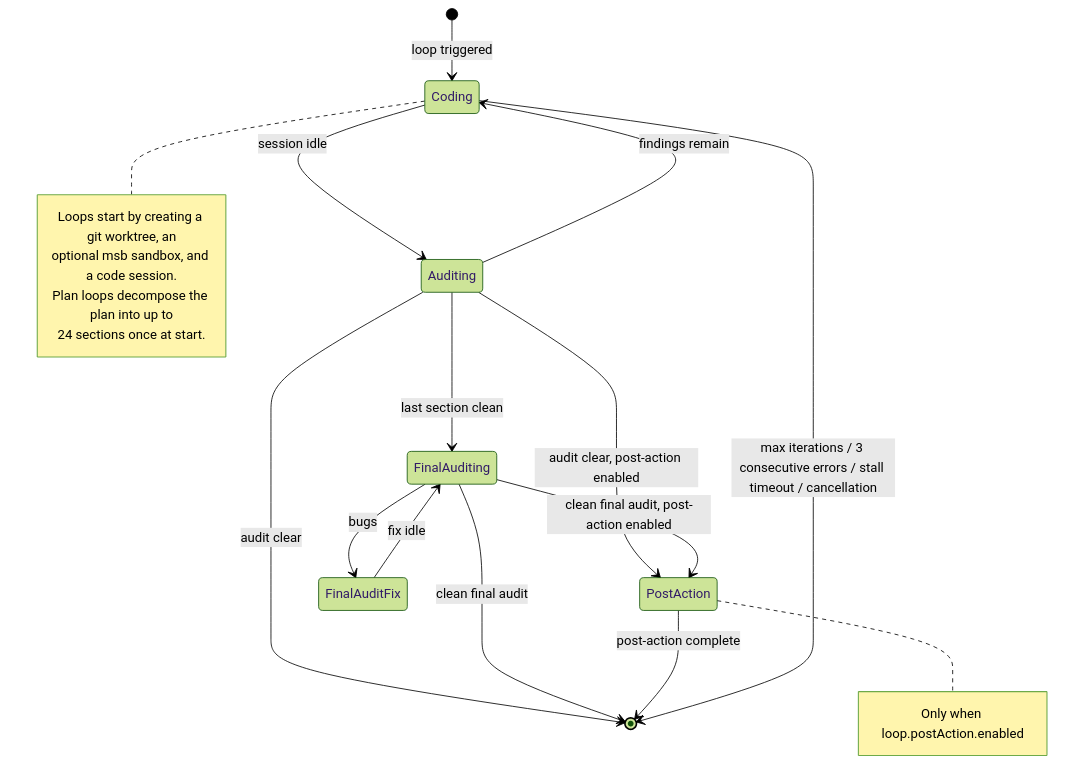
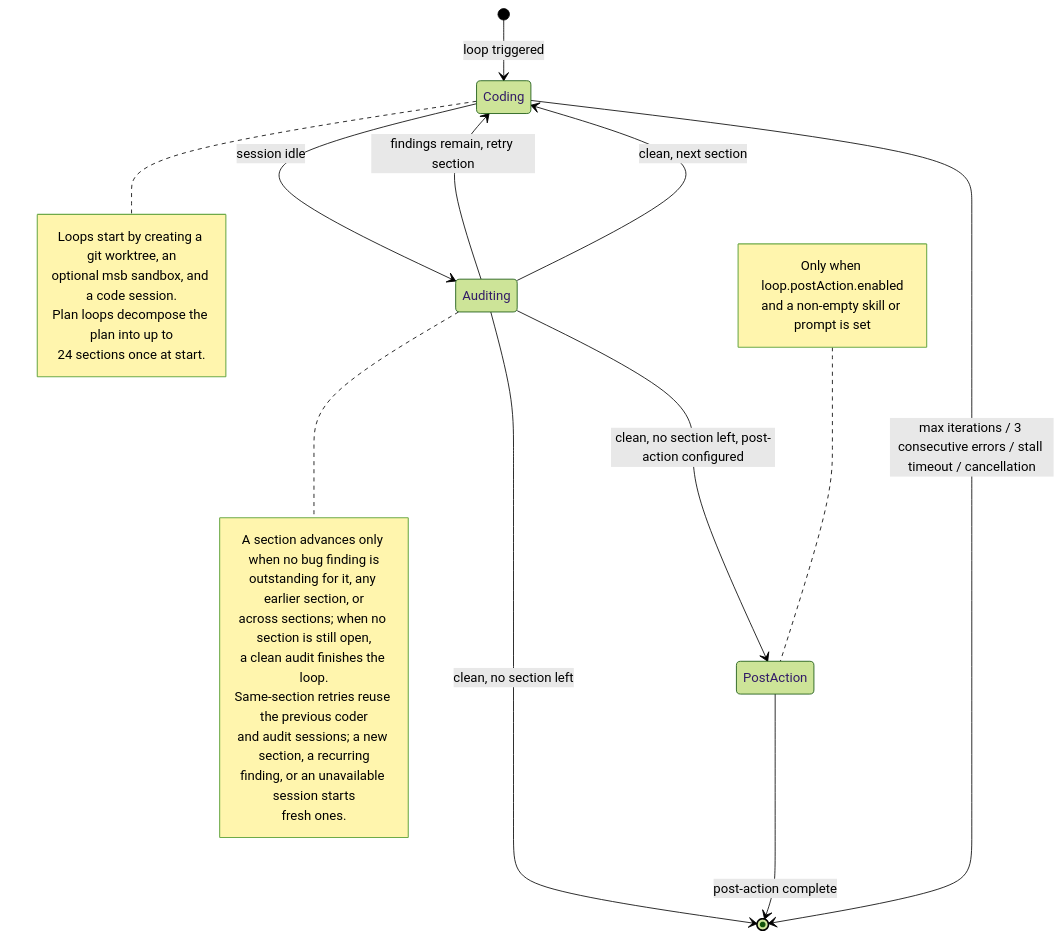
Before and after one commit to chriswritescode-dev/opencode-forge: the diagram in docs/api/_media/loop-flow.mmd, drawn with Mermaid (forest theme). The commit also changed 120 other files, not shown here.

First line of the commit message:
feat(loop): reuse sessions on section retries and remove the final audit (#119)

```diff
--- a/docs/api/_media/loop-flow.mmd
+++ b/docs/api/_media/loop-flow.mmd
@@ -1,25 +1,32 @@
 %% Regenerate: mmdc -i diagrams/loop-flow.mmd -o /tmp/loop-flow.png -b white -s 2
 %%             magick /tmp/loop-flow.png -quality 90 diagrams/loop-flow.webp
 stateDiagram-v2
     direction TB
     [*] --> Coding: loop triggered
     Coding --> Auditing: session idle
-    Auditing --> Coding: findings remain
-    Auditing --> FinalAuditing: last section clean
-    Auditing --> PostAction: audit clear, post-action enabled
-    Auditing --> [*]: audit clear
-    FinalAuditing --> FinalAuditFix: bugs
-    FinalAuditFix --> FinalAuditing: fix idle
-    FinalAuditing --> PostAction: clean final audit, post-action enabled
-    FinalAuditing --> [*]: clean final audit
+    Auditing --> Coding: findings remain, retry section
+    Auditing --> Coding: clean, next section
+    Auditing --> PostAction: clean, no section left, post-action configured
+    Auditing --> [*]: clean, no section left
     PostAction --> [*]: post-action complete
     Coding --> [*]: max iterations / 3 consecutive errors / stall timeout / cancellation
     note right of Coding
         Loops start by creating a git worktree, an
         optional msb sandbox, and a code session.
         Plan loops decompose the plan into up to
         24 sections once at start.
     end note
-    note right of PostAction
+    note right of Auditing
+        A section advances only when no bug finding is
+        outstanding for it, any earlier section, or
+        across sections; when no section is still open,
+        a clean audit finishes the loop.
+        Same-section retries reuse the previous coder
+        and audit sessions; a new section, a recurring
+        finding, or an unavailable session starts
+        fresh ones.
+    end note
+    note left of PostAction
         Only when loop.postAction.enabled
+        and a non-empty skill or prompt is set
     end note
```
